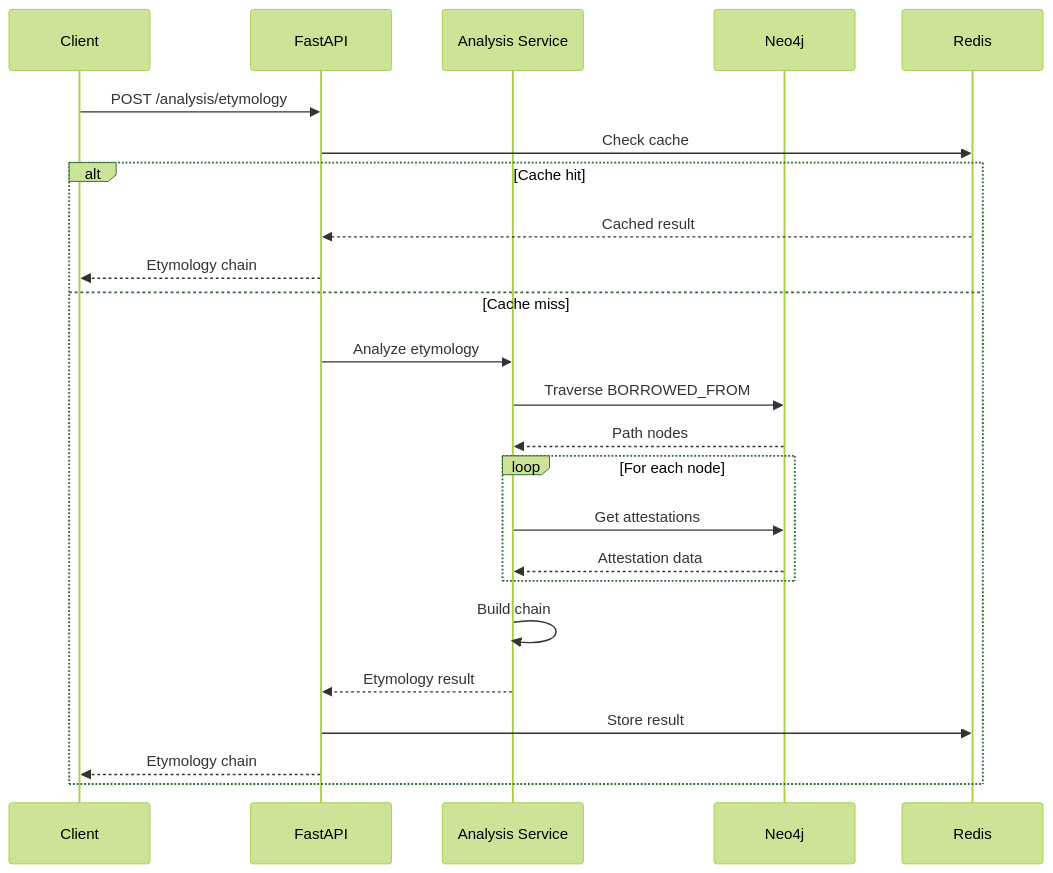
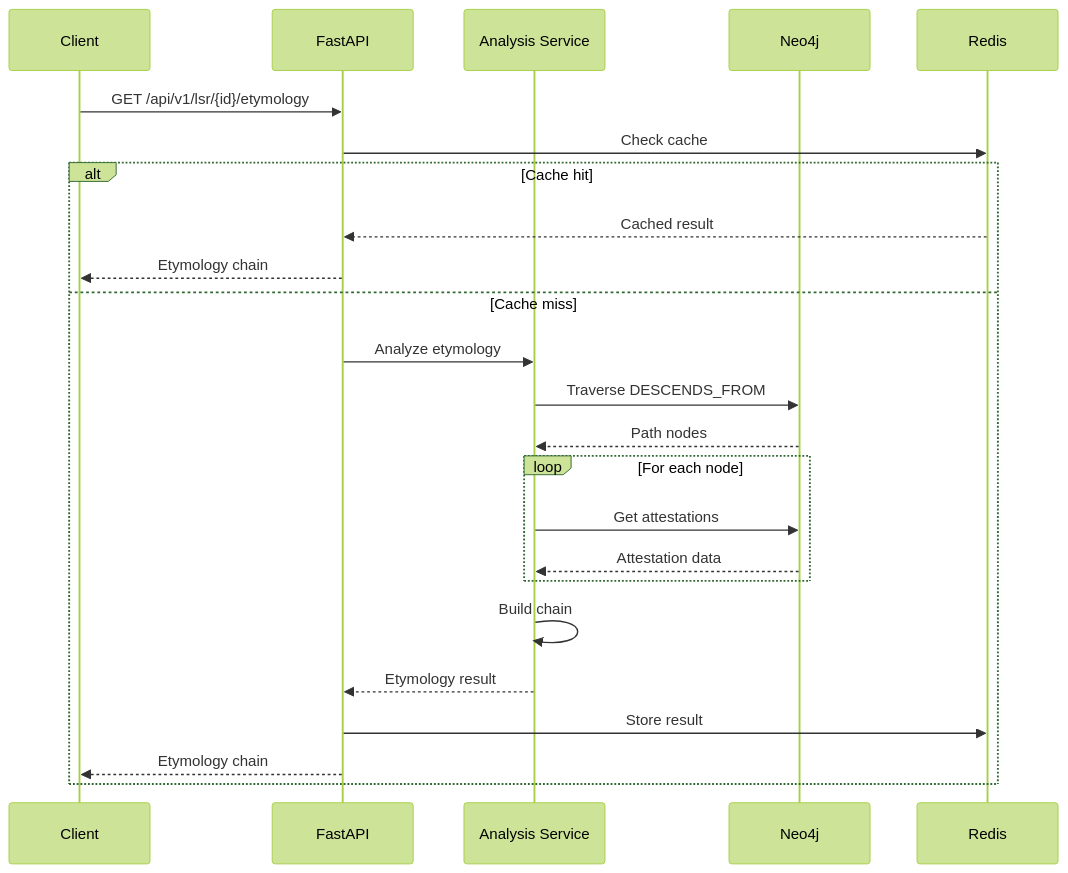
One commit to kase1111-hash/Lexicon changed the third of 9 diagrams in docs/architecture.md. Above: the diagram before and after it, drawn with Mermaid (forest theme). The commit also changed other lines of this file and 6 other files, not shown here.

````diff
--- a/docs/architecture.md
+++ b/docs/architecture.md
@@ -198,30 +176,30 @@
 ```mermaid
 sequenceDiagram
     participant C as Client
     participant API as FastAPI
     participant ANA as Analysis Service
     participant NEO as Neo4j
     participant CACHE as Redis
 
-    C->>API: POST /analysis/etymology
+    C->>API: GET /api/v1/lsr/{id}/etymology
     API->>CACHE: Check cache
 
     alt Cache hit
         CACHE-->>API: Cached result
         API-->>C: Etymology chain
     else Cache miss
         API->>ANA: Analyze etymology
-        ANA->>NEO: Traverse BORROWED_FROM
+        ANA->>NEO: Traverse DESCENDS_FROM
         NEO-->>ANA: Path nodes
 
         loop For each node
             ANA->>NEO: Get attestations
             NEO-->>ANA: Attestation data
         end
 
         ANA->>ANA: Build chain
         ANA-->>API: Etymology result
         API->>CACHE: Store result
         API-->>C: Etymology chain
     end
 ```
````
